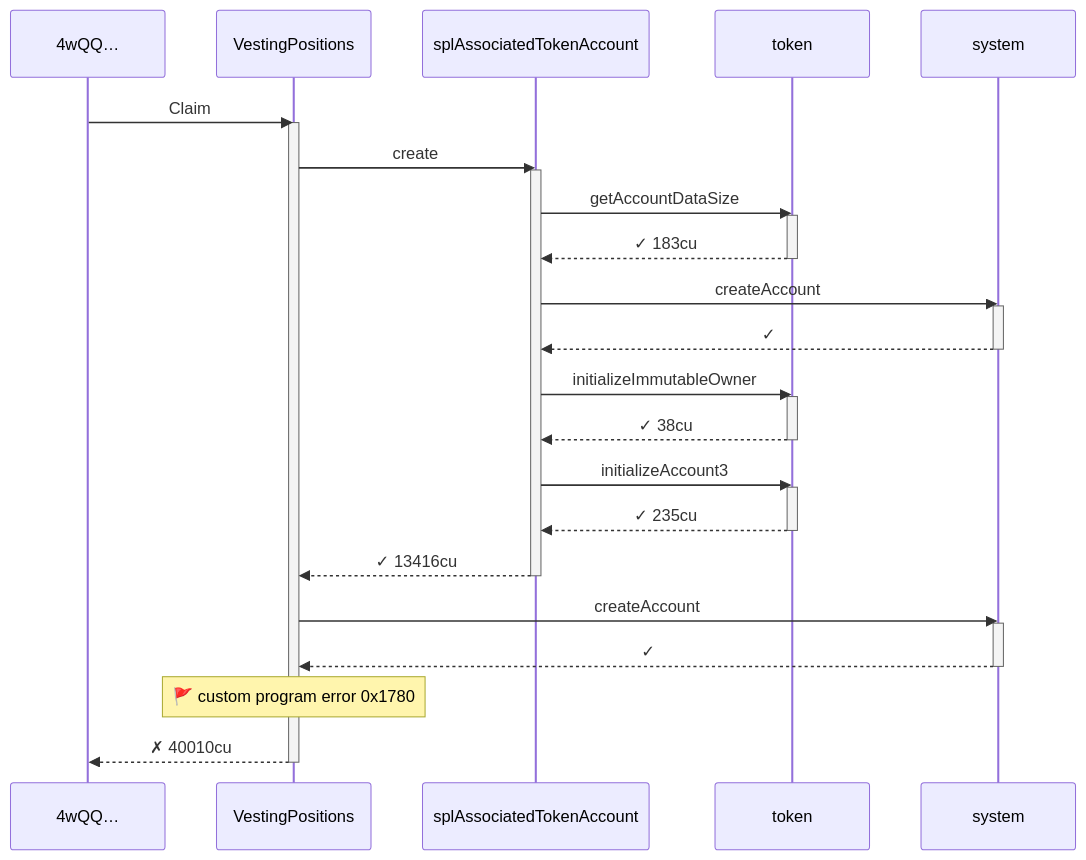
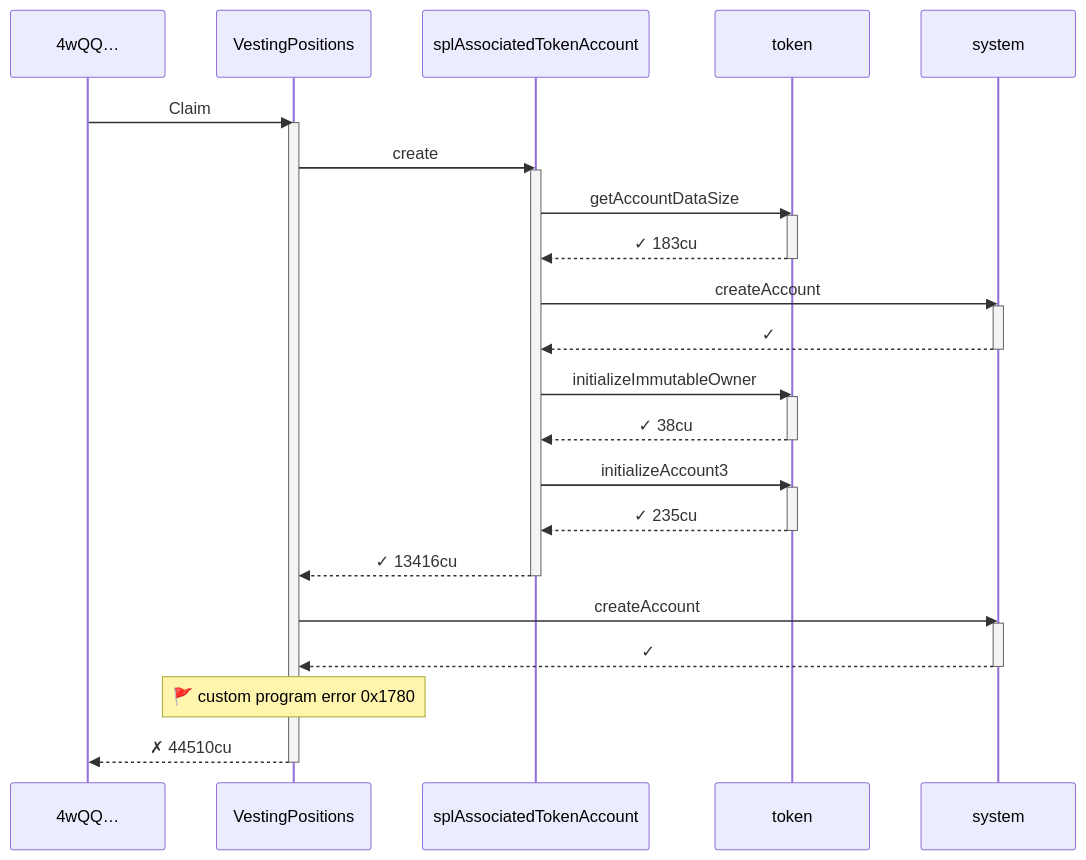
The seventh of 9 diagrams in babelfish-tests/test-report/scenario_6_not_owner_subsequent_claim_fails.md (cds-turbin3/vesting-position), drawn with Mermaid before and after one commit. The commit also changed other lines of this file and 106 other files, not shown here.

````diff
--- a/babelfish-tests/test-report/scenario_6_not_owner_subsequent_claim_fails.md
+++ b/babelfish-tests/test-report/scenario_6_not_owner_subsequent_claim_fails.md
@@ -368,37 +382,37 @@
 ```mermaid
 sequenceDiagram
     participant p0 as 4wQQ…
     participant p1 as VestingPositions
     participant p2 as splAssociatedTokenAccount
     participant p3 as token
     participant p4 as system
     p0->>p1: Claim
     activate p1
     p1->>p2: create
     activate p2
     p2->>p3: getAccountDataSize
     activate p3
     p3-->>p2: ✓ 183cu
     deactivate p3
     p2->>p4: createAccount
     activate p4
     p4-->>p2: ✓
     deactivate p4
     p2->>p3: initializeImmutableOwner
     activate p3
     p3-->>p2: ✓ 38cu
     deactivate p3
     p2->>p3: initializeAccount3
     activate p3
     p3-->>p2: ✓ 235cu
     deactivate p3
     p2-->>p1: ✓ 13416cu
     deactivate p2
     p1->>p4: createAccount
     activate p4
     p4-->>p1: ✓
     deactivate p4
     note over p1: 🚩 custom program error  0x1780
-    p1-->>p0: ✗ 40010cu
+    p1-->>p0: ✗ 44510cu
     deactivate p1
 ```
````
